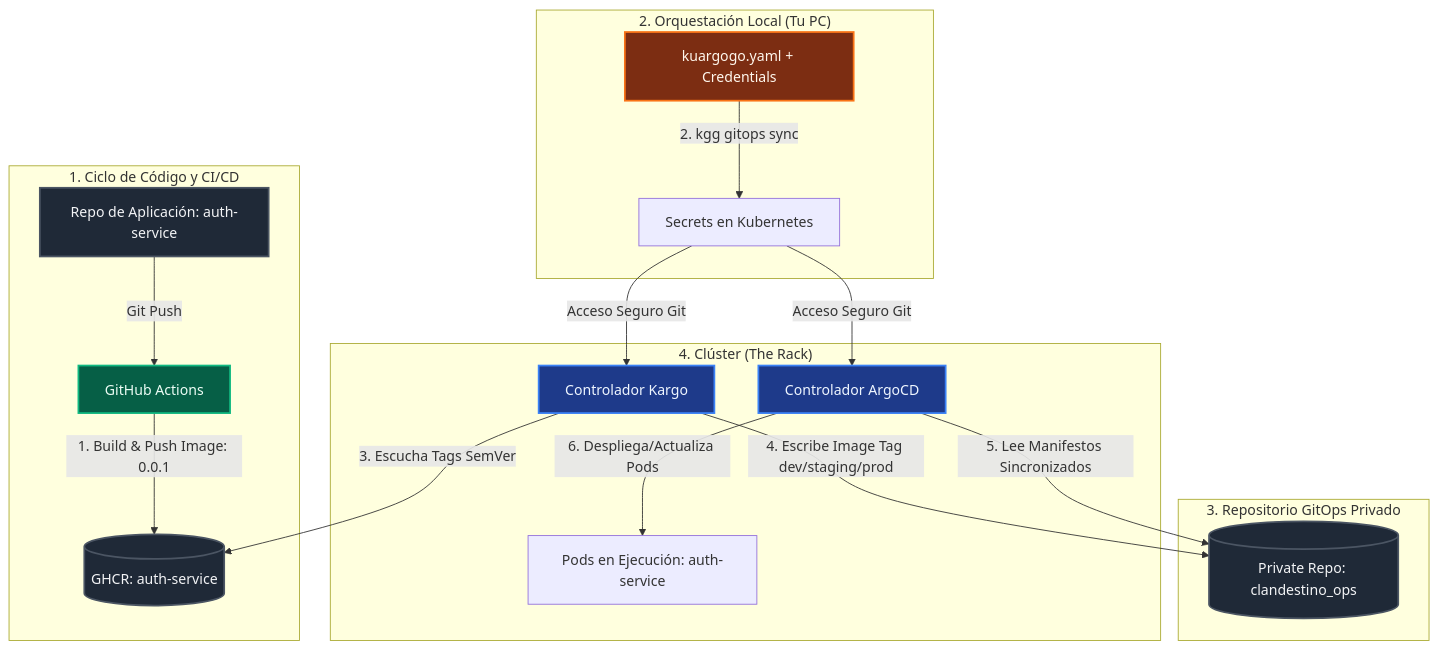
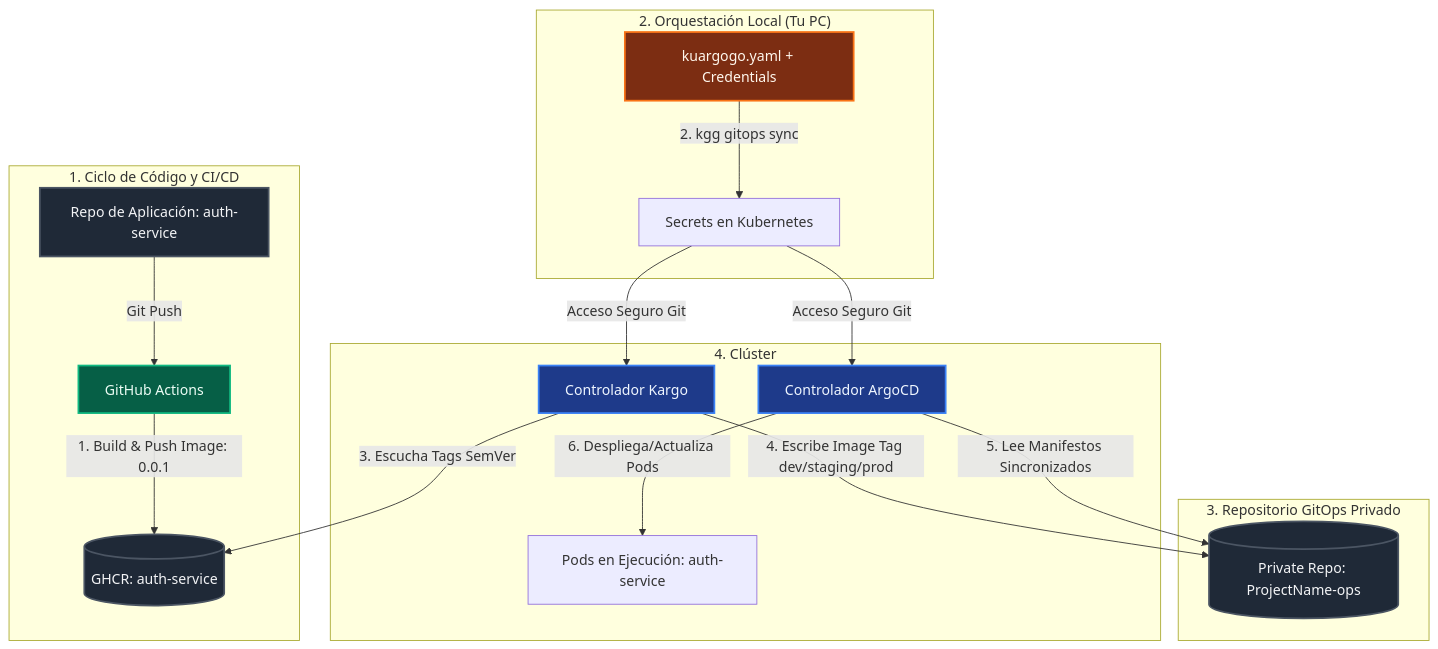
The diagram in internal/help/docs/08-automation-cicd.md (DannyStrelok/kuargogo), drawn with Mermaid before and after one commit. The commit also changed other lines of this file and 27 other files, not shown here.

````diff
--- a/internal/help/docs/08-automation-cicd.md
+++ b/internal/help/docs/08-automation-cicd.md
@@ -135,42 +137,42 @@
 ```mermaid
 graph TD
     %% Estilos Modernos
     classDef repository fill:#1f2937,stroke:#4b5563,stroke-width:2px,color:#f3f4f6;
     classDef engine fill:#1e3a8a,stroke:#3b82f6,stroke-width:2px,color:#eff6ff;
     classDef action fill:#065f46,stroke:#10b981,stroke-width:2px,color:#ecfdf5;
     classDef client fill:#7c2d12,stroke:#f97316,stroke-width:2px,color:#fff7ed;
 
     %% Nodos
     subgraph "1. Ciclo de Código y CI/CD"
         Code[Repo de Aplicación: auth-service] -->|Git Push| GHA[GitHub Actions]
         GHA -->|1. Build & Push Image: 0.0.1| GHCR[(GHCR: auth-service)]
     end
 
     subgraph "2. Orquestación Local (Tu PC)"
         KGG[kuargogo.yaml + Credentials] -->|2. kgg gitops sync| K8sSec[Secrets en Kubernetes]
     end
 
     subgraph "3. Repositorio GitOps Privado"
-        OpsRepo[(Private Repo: clandestino_ops)]
+        OpsRepo[(Private Repo: ProjectName-ops)]
     end
 
-    subgraph "4. Clúster (The Rack)"
+    subgraph "4. Clúster"
         Kargo[Controlador Kargo]
         ArgoCD[Controlador ArgoCD]
         AppPods[Pods en Ejecución: auth-service]
 
         K8sSec -->|Acceso Seguro Git| Kargo
         K8sSec -->|Acceso Seguro Git| ArgoCD
 
         Kargo -->|3. Escucha Tags SemVer| GHCR
         Kargo -->|4. Escribe Image Tag dev/staging/prod| OpsRepo
         ArgoCD -->|5. Lee Manifestos Sincronizados| OpsRepo
         ArgoCD -->|6. Despliega/Actualiza Pods| AppPods
     end
 
     %% Aplicar Estilos
     class Code,OpsRepo,GHCR repository;
     class Kargo,ArgoCD engine;
     class GHA action;
     class KGG client;
 ```
````
